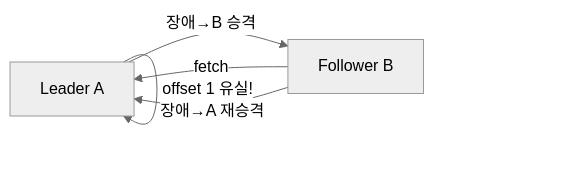
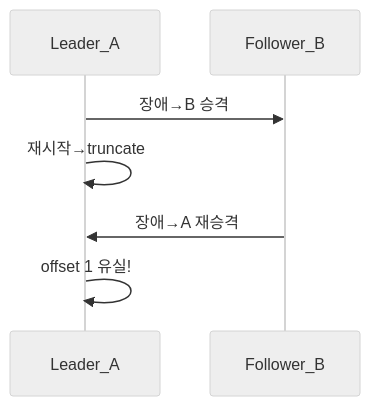
One commit to yjkim2015/yjkim2015.github.io changed the fourth of 8 diagrams in _posts/kafka/2026-05-01-kafka-replication.md. Above: the diagram before and after it, drawn with Mermaid (neutral theme). The commit also changed other lines of this file and 89 other files, not shown here.

First line of the commit message:
복잡한 flowchart 163개 → sequenceDiagram 변환 (90파일)

````diff
--- a/_posts/kafka/2026-05-01-kafka-replication.md
+++ b/_posts/kafka/2026-05-01-kafka-replication.md
@@ -113,9 +111,7 @@
 ```mermaid
-graph LR
-    A["Leader A"] -->|"offset 0,1 기록"| A
-    B["Follower B"] -->|"fetch"| A
-    A -->|"장애→B 승격"| B
-    A -->|"재시작→truncate"| A
-    B -->|"장애→A 재승격"| A
-    A -->|"offset 1 유실!"| A
+sequenceDiagram
+    Leader_A->>Follower_B: 장애→B 승격
+    Leader_A->>Leader_A: 재시작→truncate
+    Follower_B->>Leader_A: 장애→A 재승격
+    Leader_A->>Leader_A: offset 1 유실!
 ```
````
